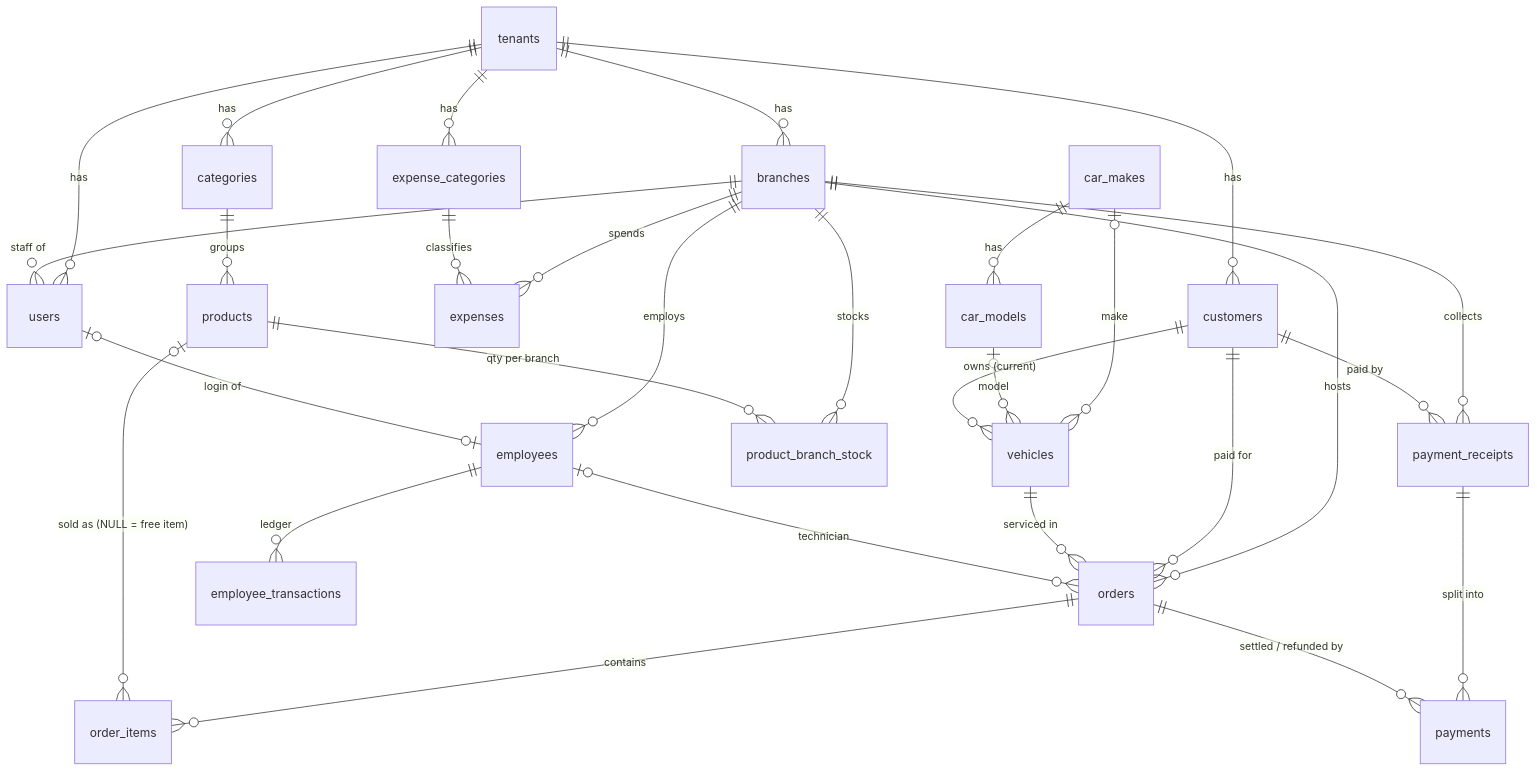
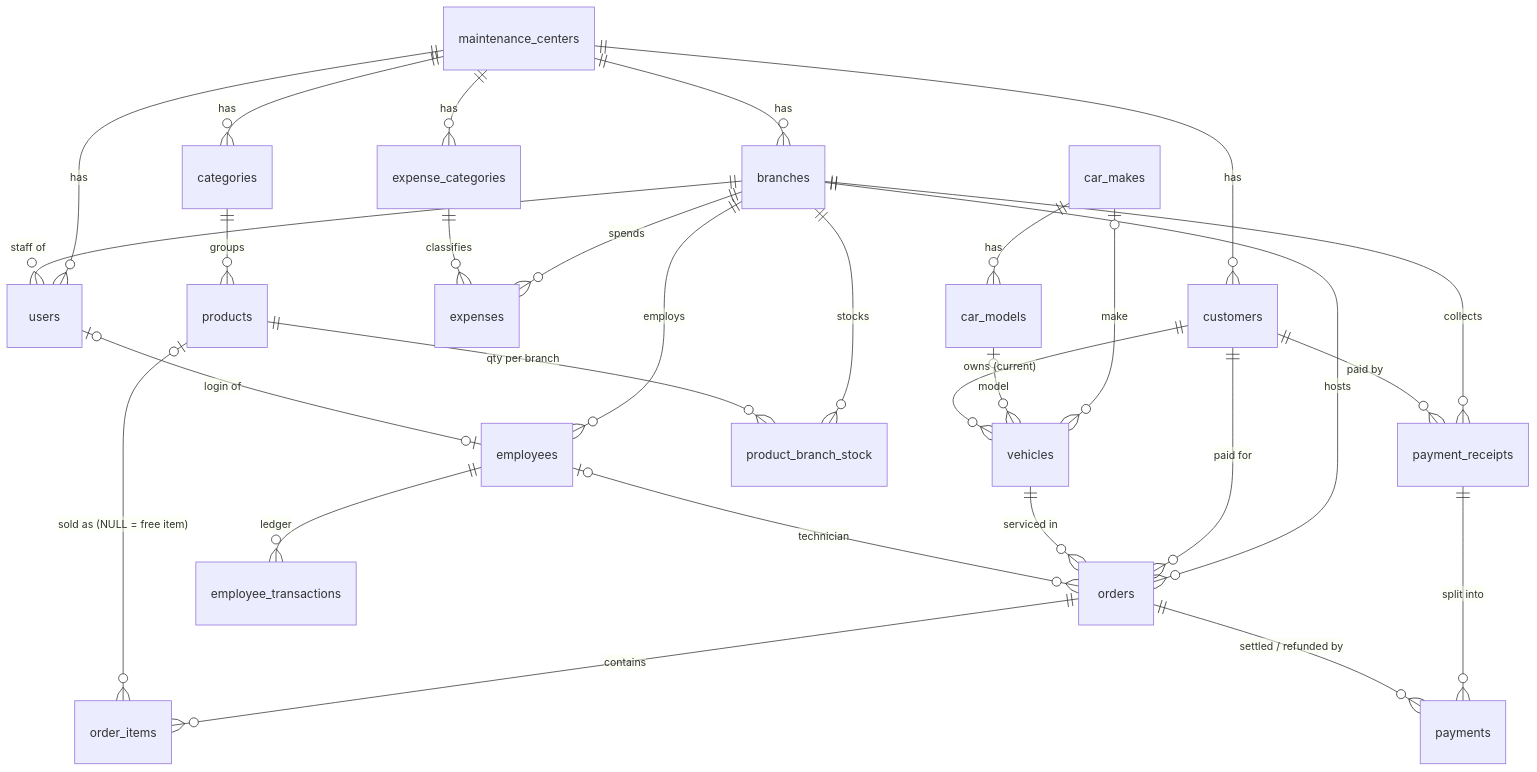
One commit to Zyad009/fix changed the second of 3 diagrams in docs/PROJECT_OVERVIEW.md. Above: the diagram before and after it, drawn with Mermaid. The commit also changed other lines of this file and 115 other files, not shown here.

````diff
--- a/docs/PROJECT_OVERVIEW.md
+++ b/docs/PROJECT_OVERVIEW.md
@@ -195,36 +195,36 @@
 ```mermaid
 erDiagram
-    tenants ||--o{ branches : has
-    tenants ||--o{ users : has
-    tenants ||--o{ customers : has
-    tenants ||--o{ categories : has
-    tenants ||--o{ expense_categories : has
+    maintenance_centers ||--o{ branches : has
+    maintenance_centers ||--o{ users : has
+    maintenance_centers ||--o{ customers : has
+    maintenance_centers ||--o{ categories : has
+    maintenance_centers ||--o{ expense_categories : has
     branches ||--o{ users : "staff of"
     branches ||--o{ employees : employs
     branches ||--o{ orders : hosts
     branches ||--o{ payment_receipts : collects
     branches ||--o{ expenses : spends
     branches ||--o{ product_branch_stock : stocks
 
     car_makes ||--o{ car_models : has
     car_makes |o--o{ vehicles : make
     car_models |o--o{ vehicles : model
 
     customers ||--o{ vehicles : "owns (current)"
     customers ||--o{ orders : "paid for"
     vehicles ||--o{ orders : "serviced in"
     employees |o--o{ orders : technician
     users |o--o| employees : "login of"
 
     categories ||--o{ products : groups
     products ||--o{ product_branch_stock : "qty per branch"
     orders ||--o{ order_items : contains
     products |o--o{ order_items : "sold as (NULL = free item)"
 
     payment_receipts ||--o{ payments : "split into"
     orders ||--o{ payments : "settled / refunded by"
     customers ||--o{ payment_receipts : "paid by"
 
     employees ||--o{ employee_transactions : ledger
     expense_categories ||--o{ expenses : classifies
 ```
````
